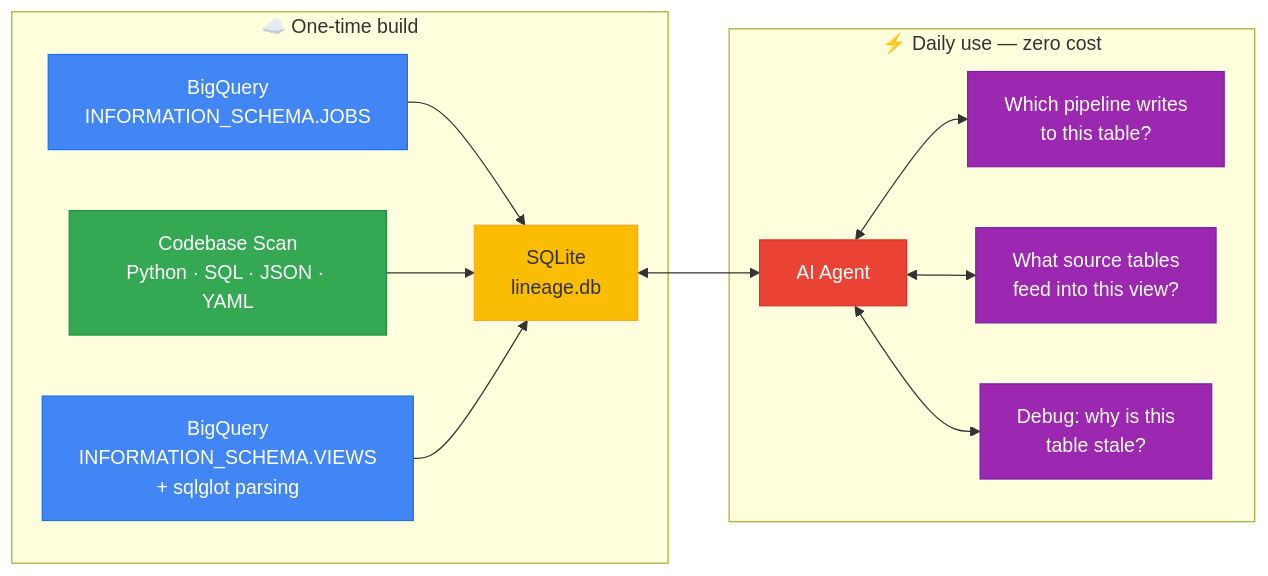
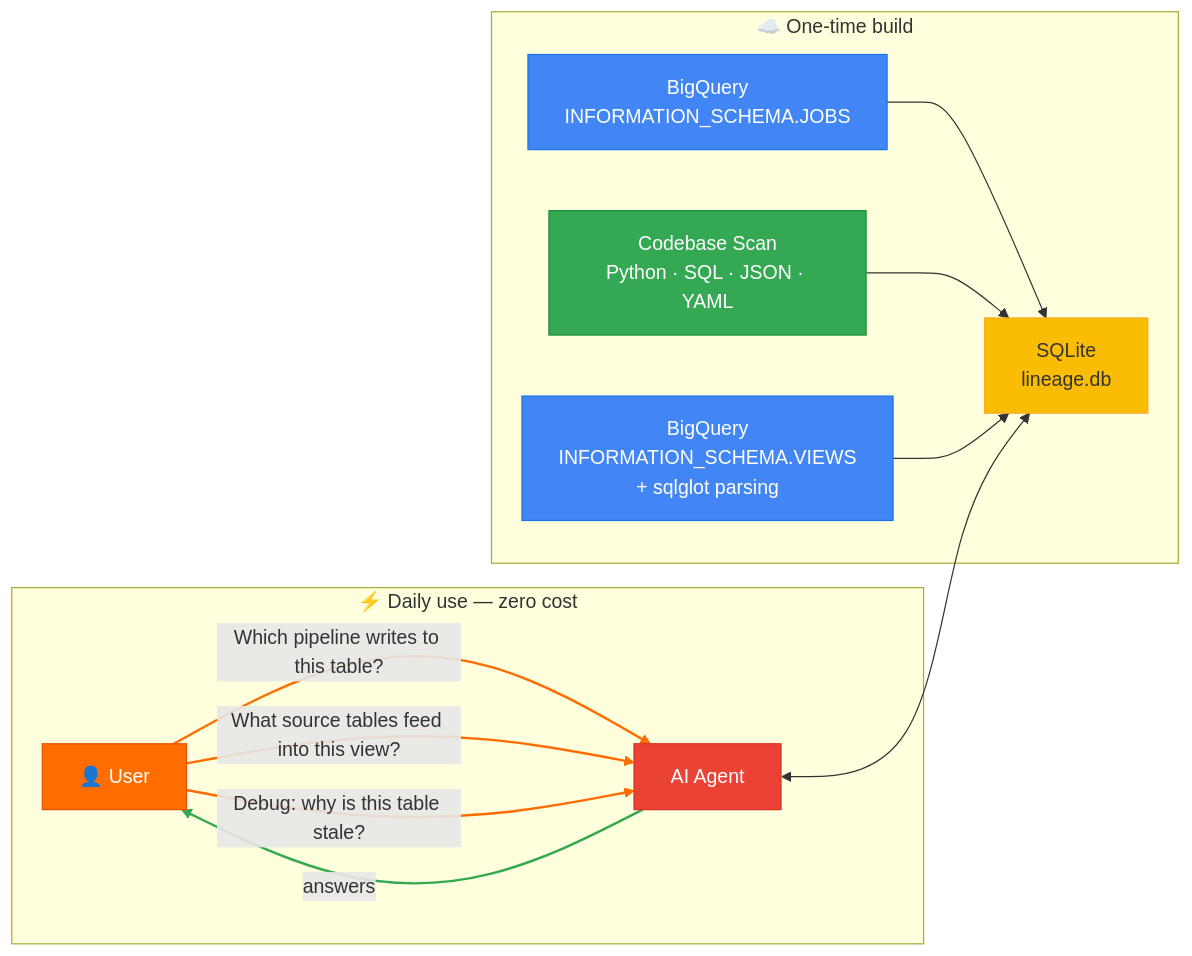
The diagram in README.md (drharunyuksel/claude-code-lineage-explorer), drawn with Mermaid before and after one commit.

Commit message:
Improve diagram: add user, colored arrows for questions and answers

````diff
--- a/README.md
+++ b/README.md
@@ -49,21 +49,27 @@
 ```mermaid
 flowchart LR
     subgraph build ["☁️ One-time build"]
         A["BigQuery\nINFORMATION_SCHEMA.JOBS"]:::bq --> D["SQLite\nlineage.db"]:::db
         B["Codebase Scan\nPython · SQL · JSON · YAML"]:::code --> D
         C["BigQuery\nINFORMATION_SCHEMA.VIEWS\n+ sqlglot parsing"]:::bq --> D
     end
 
     subgraph use ["⚡ Daily use — zero cost"]
-        D <--> E["AI Agent"]:::agent
-        E <--> F["Which pipeline writes\nto this table?"]:::question
-        E <--> G["What source tables\nfeed into this view?"]:::question
-        E <--> H["Debug: why is this\ntable stale?"]:::question
+        F["👤 User"]:::user -- "Which pipeline writes to this table?" --> E["AI Agent"]:::agent
+        F -- "What source tables feed into this view?" --> E
+        F -- "Debug: why is this table stale?" --> E
+        E <--> D
+        E -- "answers" --> F
     end
 
     classDef bq fill:#4285F4,stroke:#1a73e8,color:#fff
     classDef code fill:#34A853,stroke:#1e8e3e,color:#fff
     classDef db fill:#FBBC04,stroke:#f9a825,color:#333
     classDef agent fill:#EA4335,stroke:#d93025,color:#fff
-    classDef question fill:#9C27B0,stroke:#7B1FA2,color:#fff
+    classDef user fill:#FF6D01,stroke:#E65100,color:#fff
+
+    linkStyle 3 stroke:#FF6D01,stroke-width:2px
+    linkStyle 4 stroke:#FF6D01,stroke-width:2px
+    linkStyle 5 stroke:#FF6D01,stroke-width:2px
+    linkStyle 7 stroke:#34A853,stroke-width:2px
 ```
````
